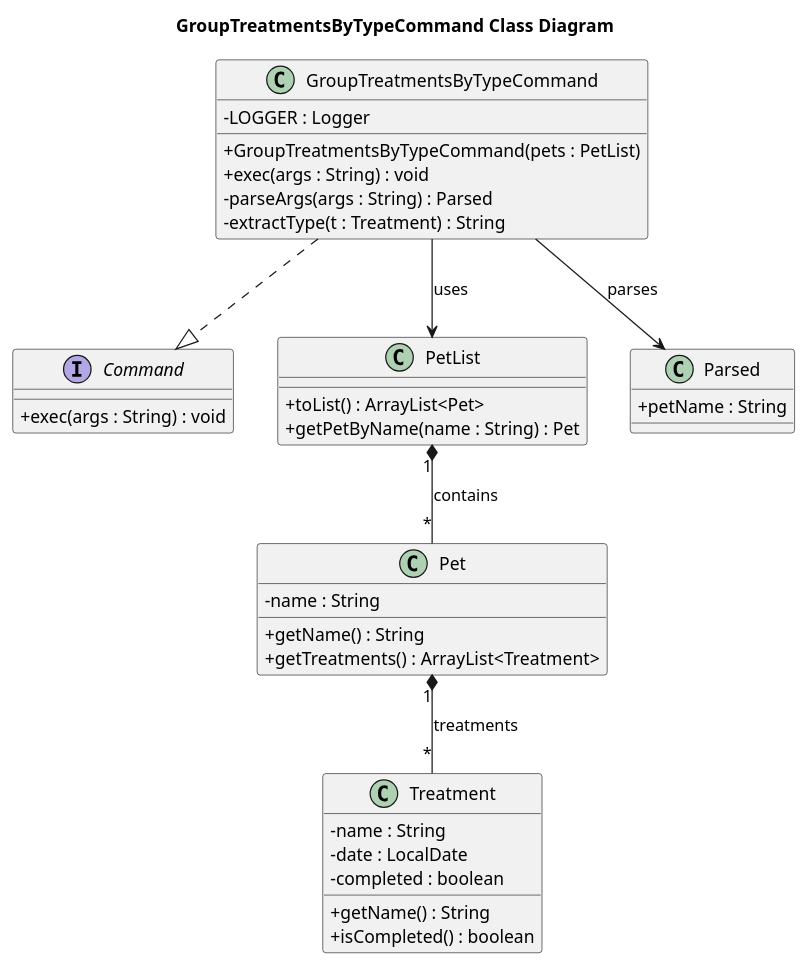
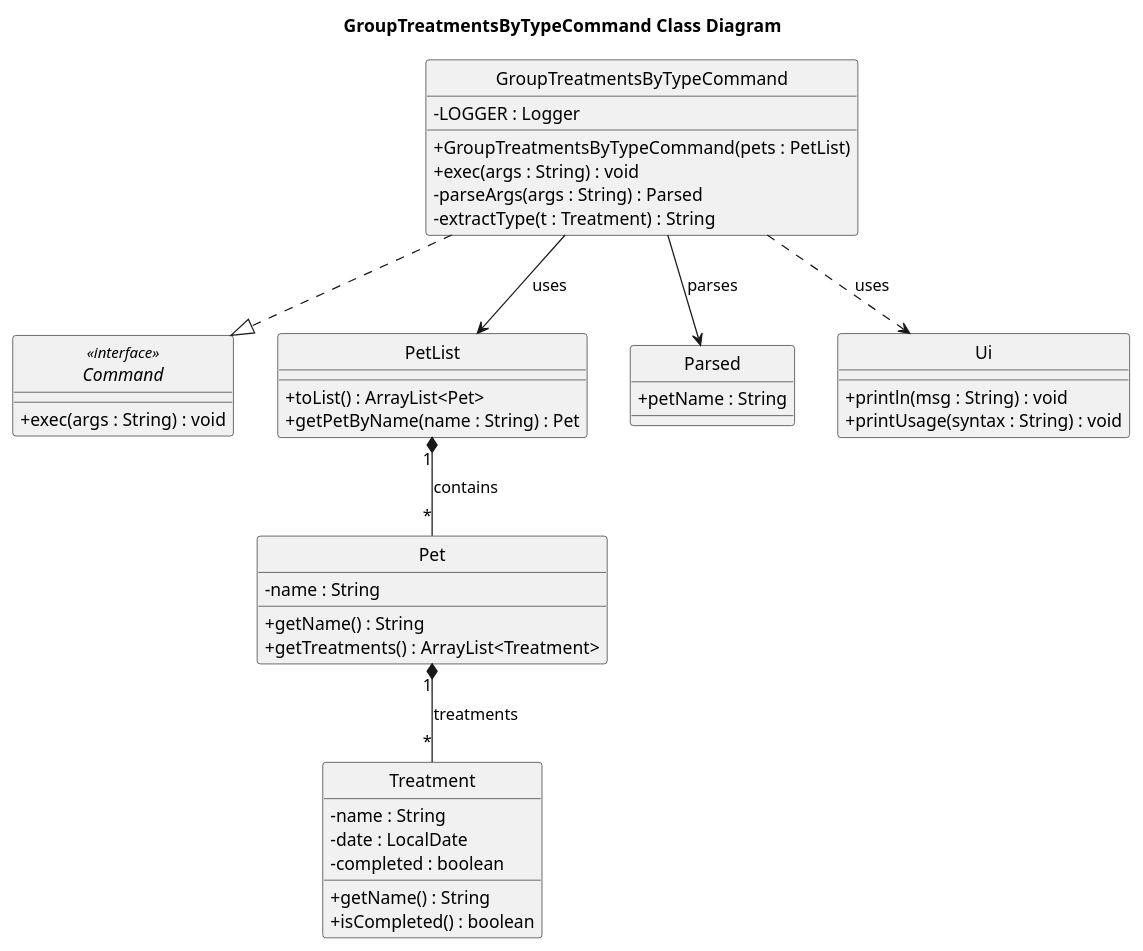
The diagram in docs/uml/GroupTreatmentsByTypeCommand_Class_Diagram.puml (Kevin88866/tp), drawn with PlantUML before and after one commit. The commit also changed 19 other files, not shown here.

First line of the commit message:
update class and sequence diagram of listpet, mark/unmarktreatments, edit pet, group treatments by type

```diff
--- a/docs/uml/GroupTreatmentsByTypeCommand_Class_Diagram.puml
+++ b/docs/uml/GroupTreatmentsByTypeCommand_Class_Diagram.puml
@@ -1,46 +1,51 @@
 @startuml
 skinparam classAttributeIconSize 0
 title GroupTreatmentsByTypeCommand Class Diagram
+hide circle
 
-interface Command {
+interface Command <<interface>>{
   +exec(args : String) : void
 }
 
 class GroupTreatmentsByTypeCommand {
   -LOGGER : Logger
   +GroupTreatmentsByTypeCommand(pets : PetList)
   +exec(args : String) : void
   -parseArgs(args : String) : Parsed
   -extractType(t : Treatment) : String
 }
 
 class PetList {
   +toList() : ArrayList<Pet>
   +getPetByName(name : String) : Pet
 }
 
 class Pet {
   -name : String
   +getName() : String
   +getTreatments() : ArrayList<Treatment>
 }
 
 class Treatment {
   -name : String
   -date : LocalDate
   -completed : boolean
   +getName() : String
   +isCompleted() : boolean
 }
 
 class Parsed {
   +petName : String
 }
 
 GroupTreatmentsByTypeCommand ..|> Command
 GroupTreatmentsByTypeCommand --> PetList : uses
 PetList "1" *-- "*" Pet : contains
 Pet "1" *-- "*" Treatment : treatments
 GroupTreatmentsByTypeCommand --> Parsed : parses
-
+class Ui {
+  +println(msg : String) : void
+  +printUsage(syntax : String) : void
+}
+GroupTreatmentsByTypeCommand ..> Ui : uses
 @enduml
```
